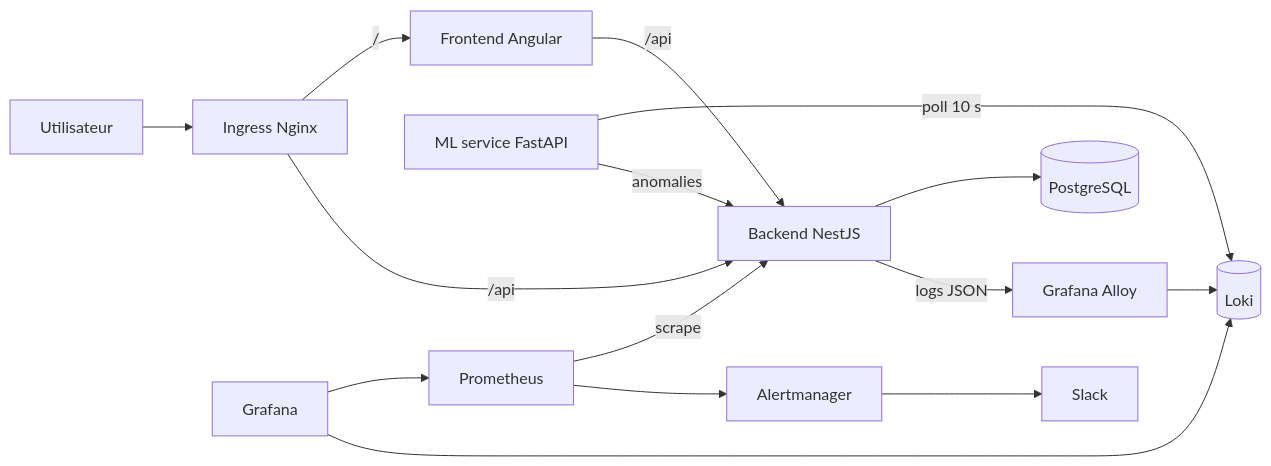
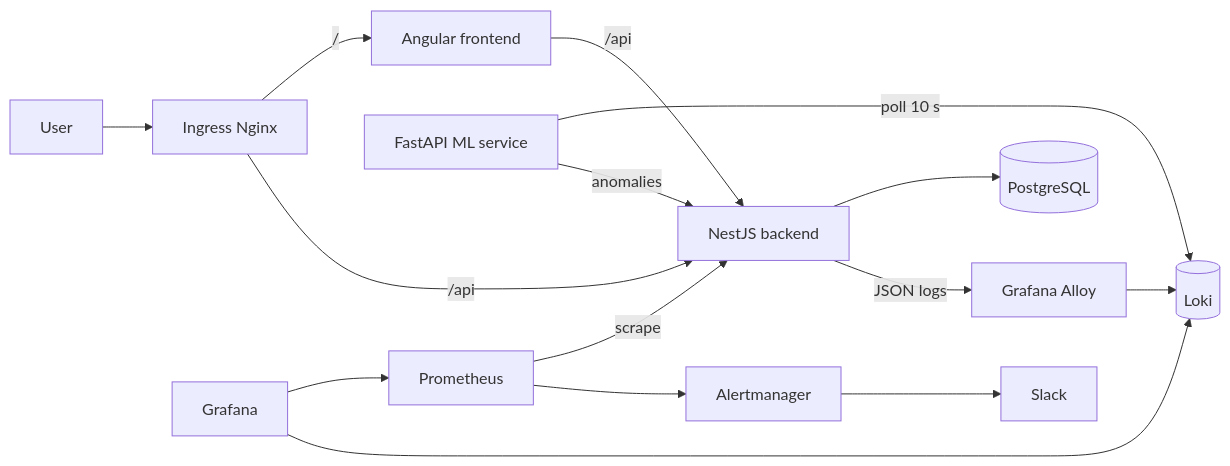
Before and after one commit to AbdelKarim-Ensi/AiOps: the diagram in README.md, drawn with Mermaid. The commit also changed other lines of this file, not shown here.

````diff
--- a/README.md
+++ b/README.md
@@ -20,16 +20,16 @@
 ```mermaid
 flowchart LR
-    U[Utilisateur] --> ING[Ingress Nginx]
-    ING -- "/" --> FE[Frontend Angular]
-    ING -- "/api" --> API[Backend NestJS]
+    U[User] --> ING[Ingress Nginx]
+    ING -- "/" --> FE[Angular frontend]
+    ING -- "/api" --> API[NestJS backend]
     API --> PG[(PostgreSQL)]
-    API -- logs JSON --> ALLOY[Grafana Alloy]
+    API -- JSON logs --> ALLOY[Grafana Alloy]
     ALLOY --> LOKI[(Loki)]
-    ML[ML service FastAPI] -- "poll 10 s" --> LOKI
+    ML[FastAPI ML service] -- "poll 10 s" --> LOKI
     ML -- anomalies --> API
     FE -- "/api" --> API
     PROM[Prometheus] -- scrape --> API
     PROM --> AM[Alertmanager] --> SLACK[Slack]
     GRAF[Grafana] --> PROM
     GRAF --> LOKI
 ```
````
